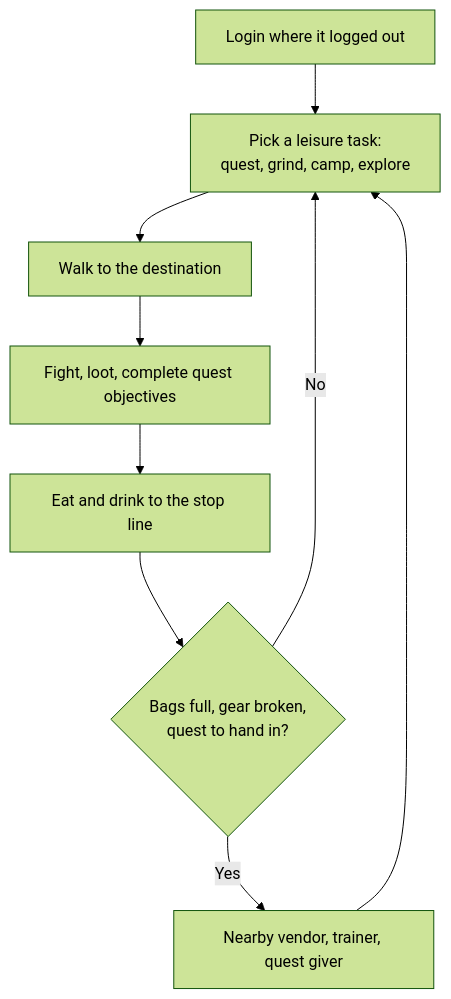
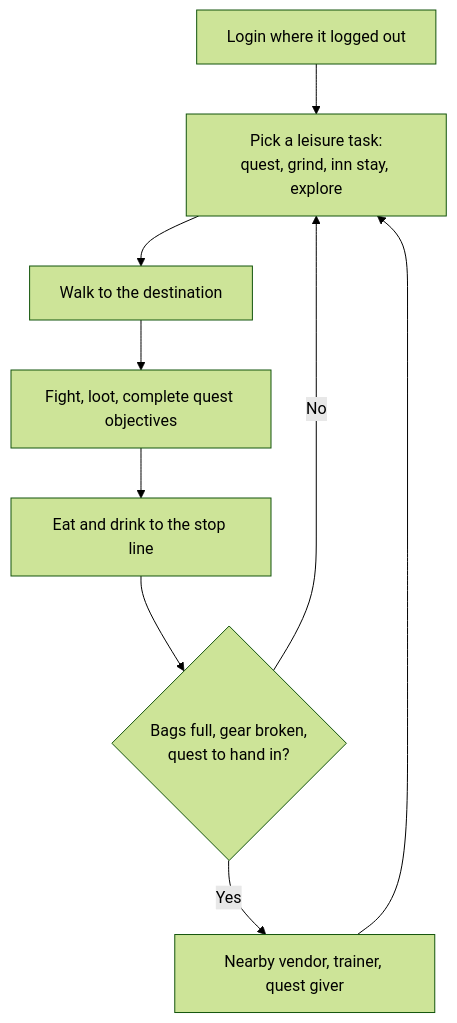
The diagram in docs/world/living-world.md (pjerra/TortoiseBots), drawn with Mermaid (forest theme) before and after one commit. The commit also changed other lines of this file and 2 other files, not shown here.

Commit message:
docs: correct autogear and trade wording
- Owned-bot autogear is off by default and pool bots are refused.
- The trade window only opens through the owner's addon action.

````diff
--- a/docs/world/living-world.md
+++ b/docs/world/living-world.md
@@ -34,11 +34,11 @@
 ```mermaid
 flowchart TD
-    Login["Login where it logged out"] --> Pick["Pick a leisure task:<br/>quest, grind, camp, explore"]
+    Login["Login where it logged out"] --> Pick["Pick a leisure task:<br/>quest, grind, inn stay, explore"]
     Pick --> Travel["Walk to the destination"]
     Travel --> Work["Fight, loot, complete quest objectives"]
     Work --> Rest["Eat and drink to the stop line"]
     Rest --> Town{"Bags full, gear broken,<br/>quest to hand in?"}
     Town -->|Yes| Services["Nearby vendor, trainer, quest giver"]
     Town -->|No| Pick
     Services --> Pick
 ```
````
